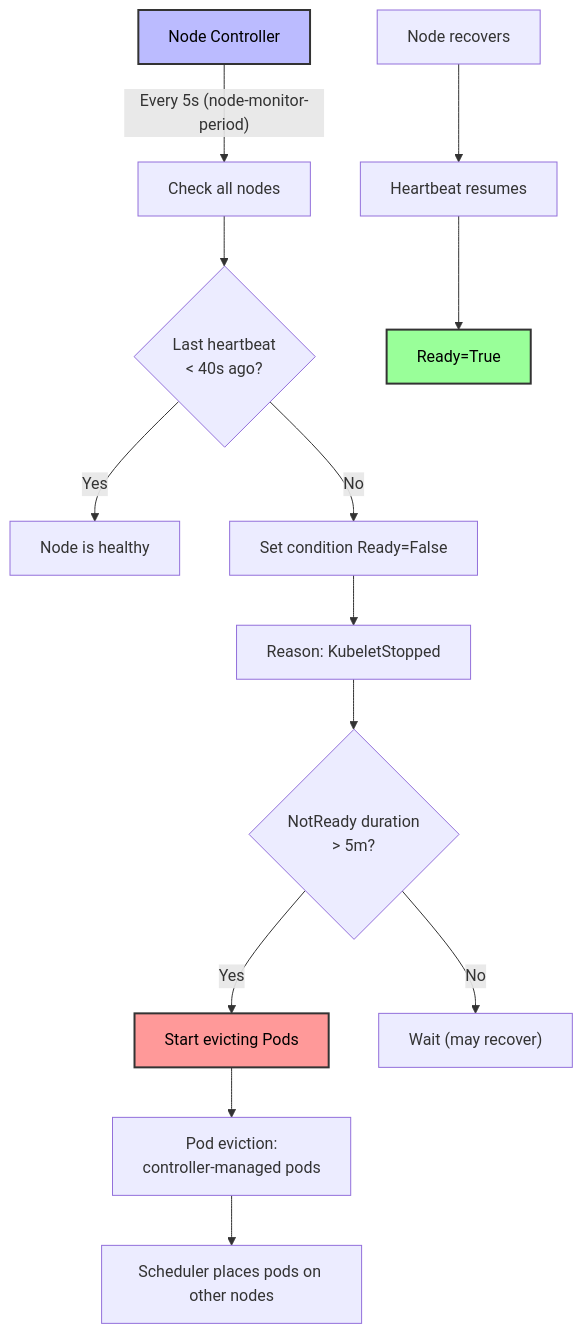
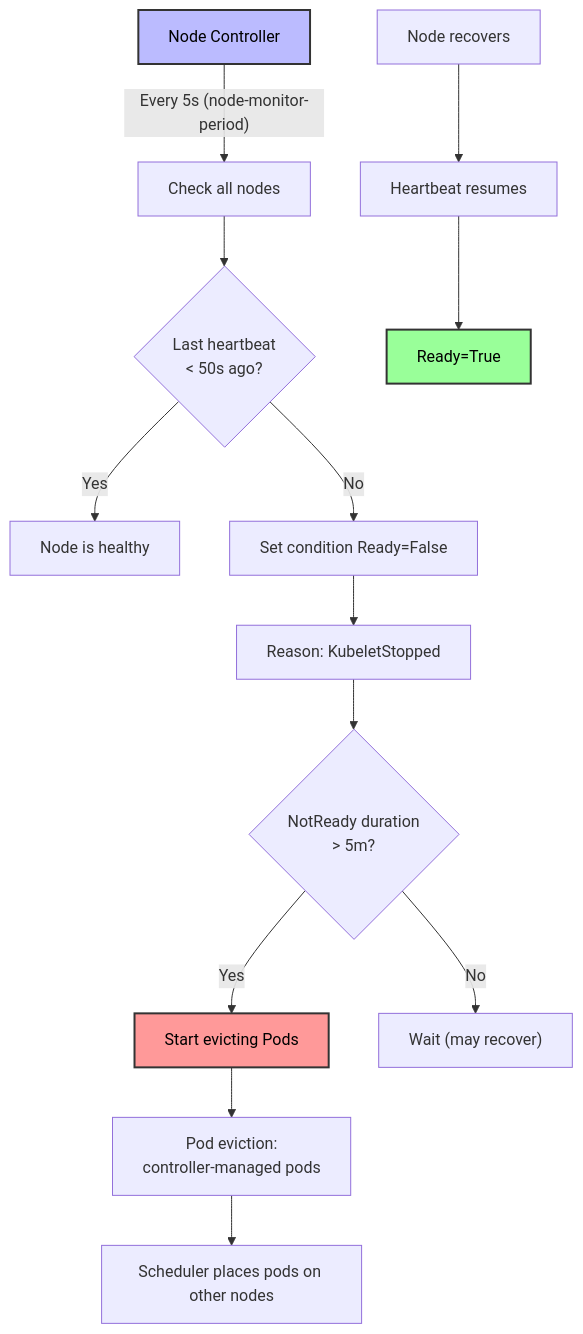
Before and after one commit to MattiaFanan/k8s-notes: the third of 4 diagrams in 01-nodes/2-mechanics/04-node-lifecycle-registration.md, drawn with Mermaid. The commit also changed other lines of this file and 46 other files, not shown here.

````diff
--- a/01-nodes/2-mechanics/04-node-lifecycle-registration.md
+++ b/01-nodes/2-mechanics/04-node-lifecycle-registration.md
@@ -185,22 +185,22 @@
 ```mermaid
 flowchart TD
     A["Node Controller"] -->|"Every 5s (node-monitor-period)"| B["Check all nodes"]
-    B --> C{"Last heartbeat<br/>< 40s ago?"}
+     B --> C{"Last heartbeat<br/>< 50s ago?"}
     C -->|"Yes"| D["Node is healthy"]
     C -->|"No"| E["Set condition Ready=False"]
     E --> F["Reason: KubeletStopped"]
     
     F --> G{"NotReady duration<br/>> 5m?"}
     G -->|"Yes"| H["Start evicting Pods"]
     G -->|"No"| I["Wait (may recover)"]
     
     H --> J["Pod eviction:<br/>controller-managed pods"]
     J --> K["Scheduler places pods on other nodes"]
     
     L["Node recovers"] --> M["Heartbeat resumes"]
     M --> N["Ready=True"]
     
     style A fill:#bbf,color:#000,stroke:#333,stroke-width:2px
     style H fill:#f99,color:#000,stroke:#333,stroke-width:2px
     style N fill:#9f9,color:#000,stroke:#333,stroke-width:2px
 ```
````
